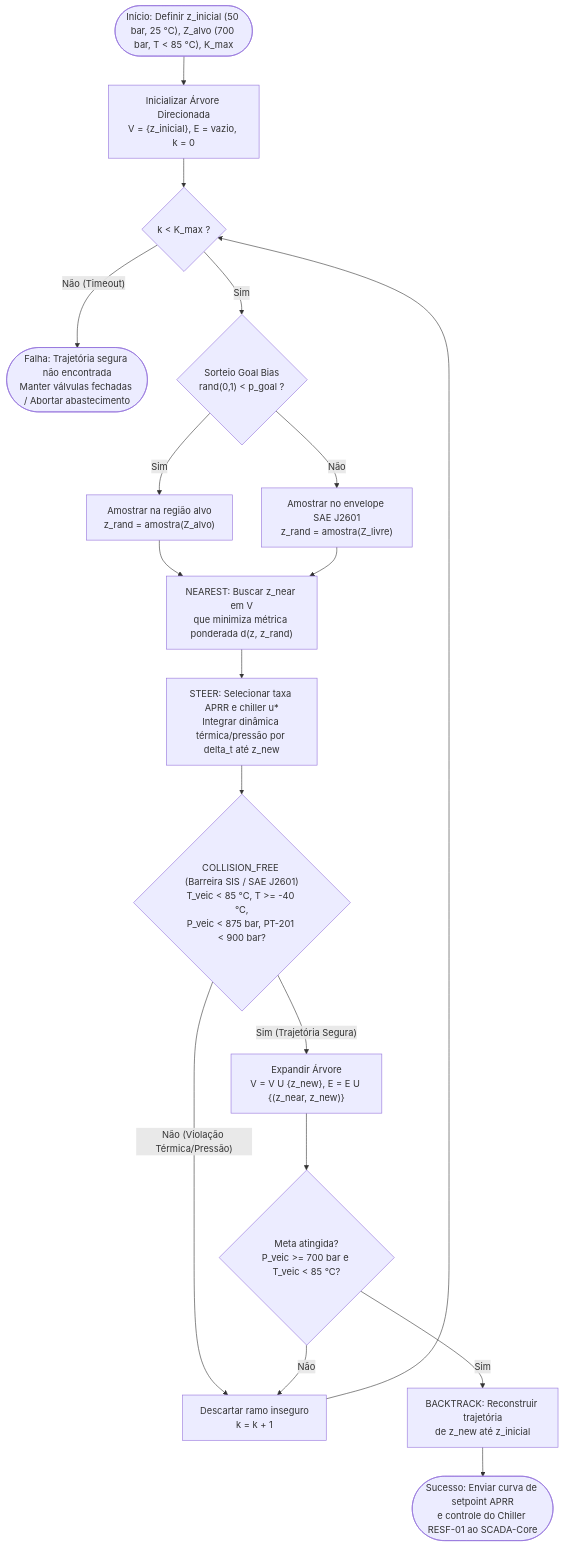
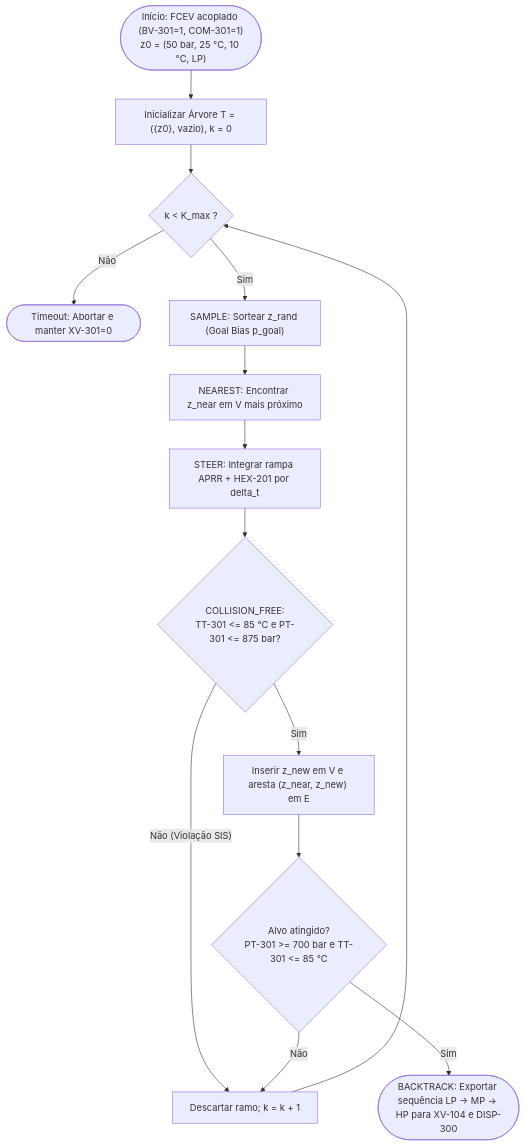
The diagram in etapa-03-arvores/Aula 22 - Rapidly-exploring Random Trees.md (leovarconrenno/Estacao-de-Reabastecimento-de-Hidrogenio---SCADA-Core), drawn with Mermaid before and after one commit. The commit also changed other lines of this file and 19 other files, not shown here.

````diff
--- a/etapa-03-arvores/Aula 22 - Rapidly-exploring Random Trees.md
+++ b/etapa-03-arvores/Aula 22 - Rapidly-exploring Random Trees.md
@@ -57,29 +44,15 @@
 ```mermaid
 flowchart TD
-    A(["Início: Definir z_inicial (50 bar, 25 °C), Z_alvo (700 bar, T < 85 °C), K_max"]) --> B["Inicializar Árvore Direcionada<br/>V = {z_inicial}, E = vazio, k = 0"]
+    A(["Início: FCEV acoplado (BV-301=1, COM-301=1)<br/>z0 = (50 bar, 25 °C, 10 °C, LP)"]) --> B["Inicializar Árvore T = ({z0}, vazio), k = 0"]
     B --> C{"k < K_max ?"}
-
-    C -- "Não (Timeout)" --> D(["Falha: Trajetória segura não encontrada<br/>Manter válvulas fechadas / Abortar abastecimento"])
-
-    C -- "Sim" --> E{"Sorteio Goal Bias<br/>rand(0,1) < p_goal ?"}
-    E -- "Sim" --> F["Amostrar na região alvo<br/>z_rand = amostra(Z_alvo)"]
-    E -- "Não" --> G["Amostrar no envelope SAE J2601<br/>z_rand = amostra(Z_livre)"]
-
-    F --> H["NEAREST: Buscar z_near em V<br/>que minimiza métrica ponderada d(z, z_rand)"]
-    G --> H
-
-    H --> I["STEER: Selecionar taxa APRR e chiller u*<br/>Integrar dinâmica térmica/pressão por delta_t até z_new"]
-
-    I --> J{"COLLISION_FREE (Barreira SIS / SAE J2601)<br/>T_veic < 85 °C, T >= -40 °C,<br/>P_veic < 875 bar, PT-201 < 900 bar?"}
-
-    J -- "Não (Violação Térmica/Pressão)" --> K["Descartar ramo inseguro<br/>k = k + 1"]
-    K --> C
-
-    J -- "Sim (Trajetória Segura)" --> L["Expandir Árvore<br/>V = V U {z_new}, E = E U {(z_near, z_new)}"]
-
-    L --> M{"Meta atingida?<br/>P_veic >= 700 bar e T_veic < 85 °C?"}
-
-    M -- "Não" --> K
-    M -- "Sim" --> N["BACKTRACK: Reconstruir trajetória<br/>de z_new até z_inicial"]
-    N --> O(["Sucesso: Enviar curva de setpoint APRR<br/>e controle do Chiller RESF-01 ao SCADA-Core"])
+    C -- "Não" --> D(["Timeout: Abortar e manter XV-301=0"])
+    C -- "Sim" --> E["SAMPLE: Sortear z_rand (Goal Bias p_goal)"]
+    E --> F["NEAREST: Encontrar z_near em V mais próximo"]
+    F --> G["STEER: Integrar rampa APRR + HEX-201 por delta_t"]
+    G --> H{"COLLISION_FREE:<br/>TT-301 <= 85 °C e PT-301 <= 875 bar?"}
+    H -- "Não (Violação SIS)" --> I["Descartar ramo; k = k + 1"] --> C
+    H -- "Sim" --> J["Inserir z_new em V e aresta (z_near, z_new) em E"]
+    J --> K{"Alvo atingido?<br/>PT-301 >= 700 bar e TT-301 <= 85 °C"}
+    K -- "Não" --> I
+    K -- "Sim" --> L(["BACKTRACK: Exportar sequência LP -> MP -> HP para XV-104 e DISP-300"])
 ```
````
